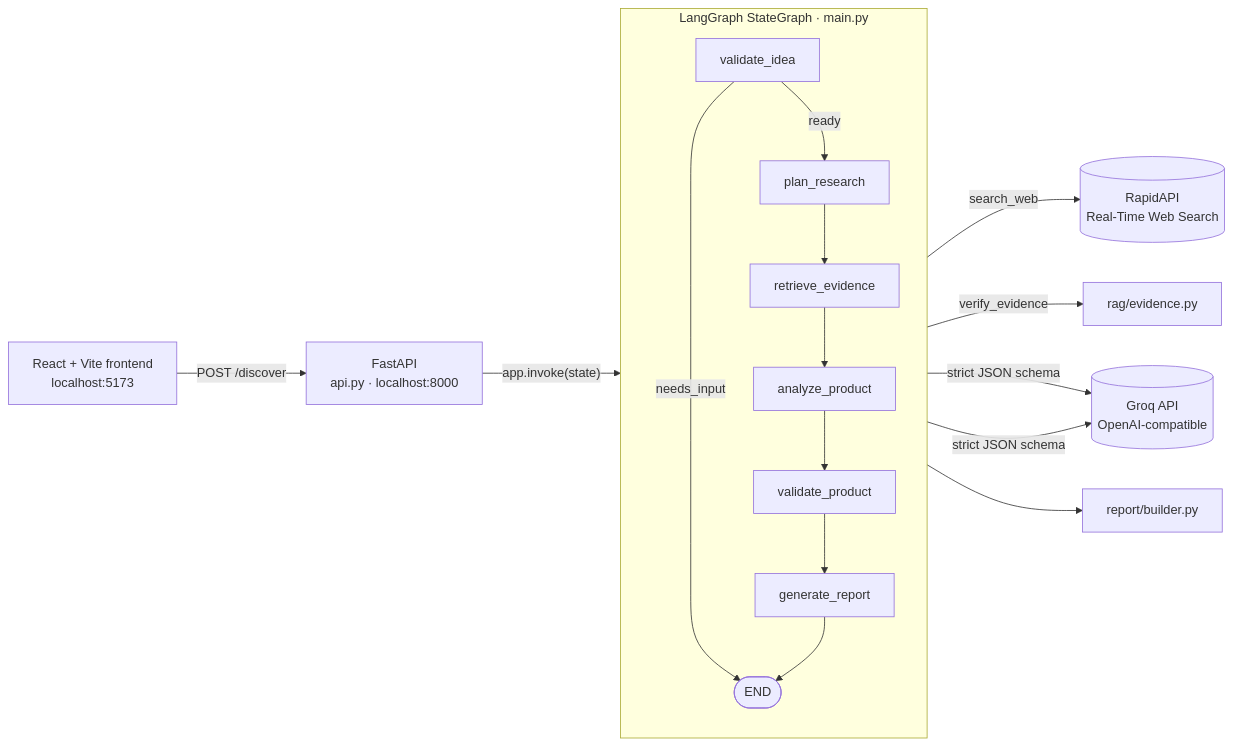
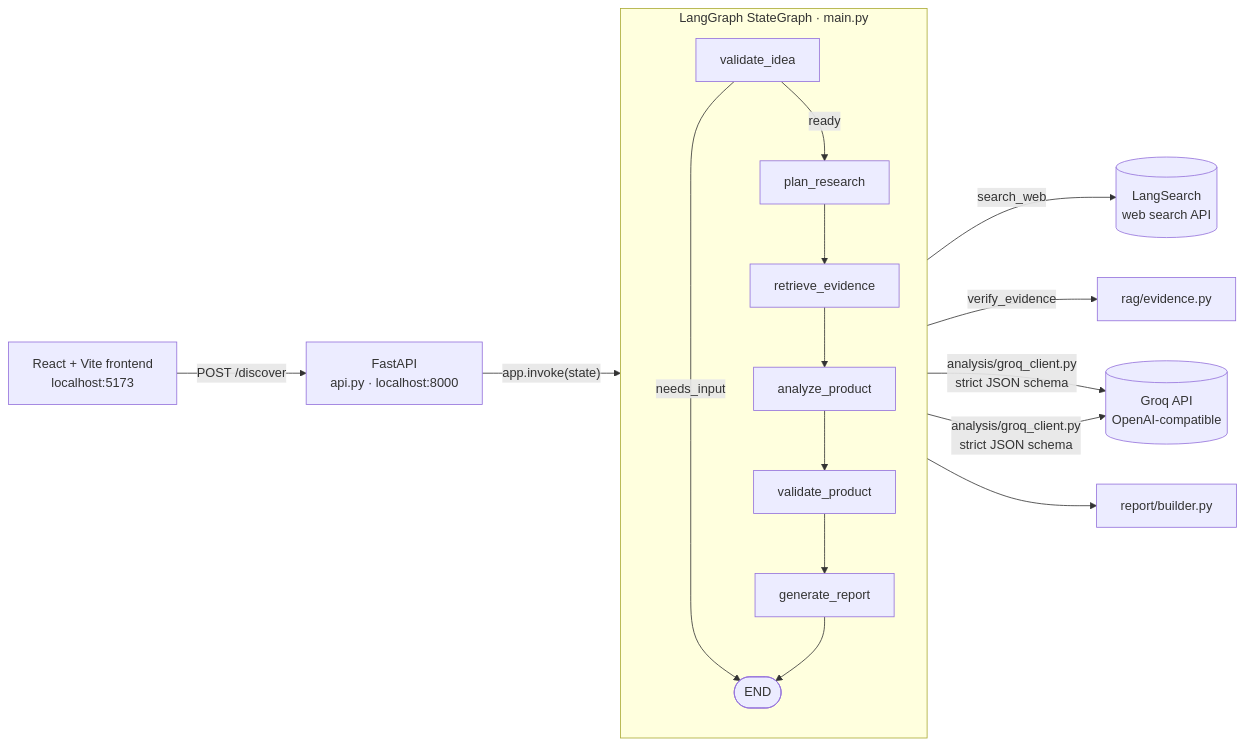
The diagram in README.md (Sourabhnamdev9981/product-discovery-validation-agent), drawn with Mermaid before and after one commit. The commit also changed other lines of this file and 28 other files, not shown here.

Commit message:
Add Langsearch to web search module and optimised groq response

````diff
--- a/README.md
+++ b/README.md
@@ -93,22 +132,22 @@
 ```mermaid
 flowchart LR
     UI["React + Vite frontend<br/>localhost:5173"] -->|"POST /discover"| API["FastAPI<br/>api.py · localhost:8000"]
     API -->|"app.invoke(state)"| G
 
     subgraph G["LangGraph StateGraph · main.py"]
         direction TB
         V["validate_idea"] -->|ready| P["plan_research"]
         V -->|needs_input| E(["END"])
         P --> R["retrieve_evidence"]
         R --> A["analyze_product"]
         A --> VP["validate_product"]
         VP --> REP["generate_report"]
         REP --> E
     end
 
-    R -->|"search_web"| WS[("RapidAPI<br/>Real-Time Web Search")]
+    R -->|"search_web"| WS[("LangSearch<br/>web search API")]
     R -->|"verify_evidence"| EV["rag/evidence.py"]
-    A -->|"strict JSON schema"| LLM[("Groq API<br/>OpenAI-compatible")]
-    VP -->|"strict JSON schema"| LLM
+    A -->|"analysis/groq_client.py<br/>strict JSON schema"| LLM[("Groq API<br/>OpenAI-compatible")]
+    VP -->|"analysis/groq_client.py<br/>strict JSON schema"| LLM
     REP --> RB["report/builder.py"]
 ```
````
